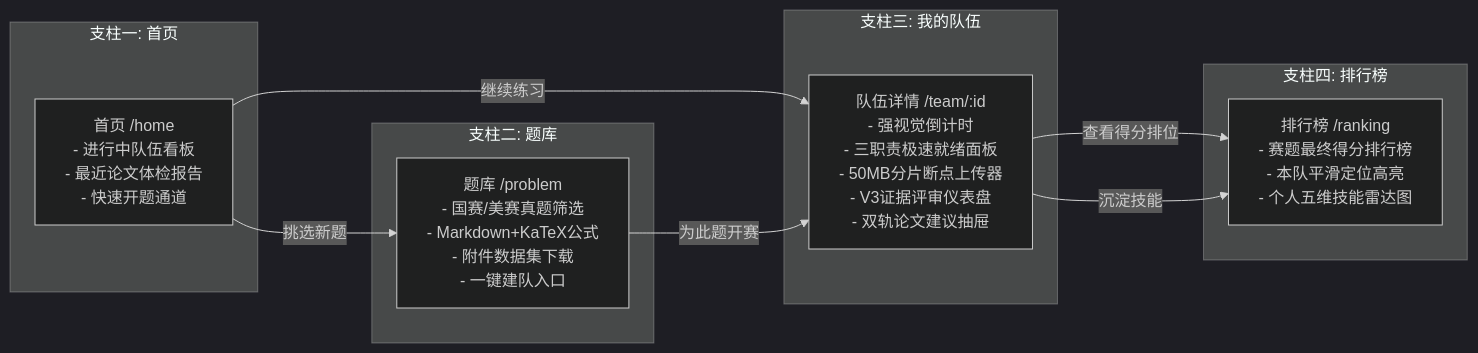
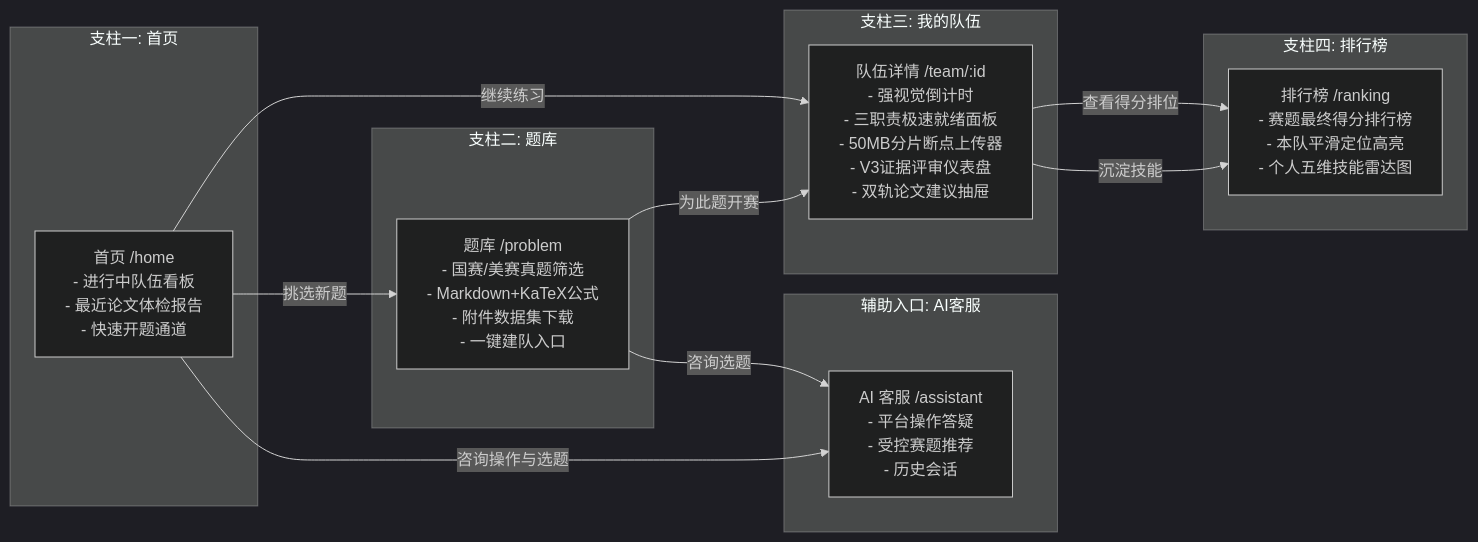
The second of 4 diagrams in docs/project/04-前端设计/03-前端架构设计.md (Dorian7Alden/LeetModel), drawn with Mermaid (dark theme) before and after one commit. The commit also changed other lines of this file and 6 other files, not shown here.

````diff
--- a/docs/project/04-前端设计/03-前端架构设计.md
+++ b/docs/project/04-前端设计/03-前端架构设计.md
@@ -68,24 +68,30 @@
 ```mermaid
 flowchart LR
     subgraph 支柱一: 首页
         H[首页 /home<br/>- 进行中队伍看板<br/>- 最近论文体检报告<br/>- 快速开题通道]
     end
 
     subgraph 支柱二: 题库
         P[题库 /problem<br/>- 国赛/美赛真题筛选<br/>- Markdown+KaTeX公式<br/>- 附件数据集下载<br/>- 一键建队入口]
     end
 
     subgraph 支柱三: 我的队伍
         T[队伍详情 /team/:id<br/>- 强视觉倒计时<br/>- 三职责极速就绪面板<br/>- 50MB分片断点上传器<br/>- V3证据评审仪表盘<br/>- 双轨论文建议抽屉]
     end
 
     subgraph 支柱四: 排行榜
         R[排行榜 /ranking<br/>- 赛题最终得分排行榜<br/>- 本队平滑定位高亮<br/>- 个人五维技能雷达图]
     end
 
+    subgraph 辅助入口: AI客服
+        A[AI 客服 /assistant<br/>- 平台操作答疑<br/>- 受控赛题推荐<br/>- 历史会话]
+    end
+
     H -->|继续练习| T
     H -->|挑选新题| P
     P -->|为此题开赛| T
     T -->|查看得分排位| R
     T -->|沉淀技能| R
+    H -->|咨询操作与选题| A
+    P -->|咨询选题| A
 ```
````
